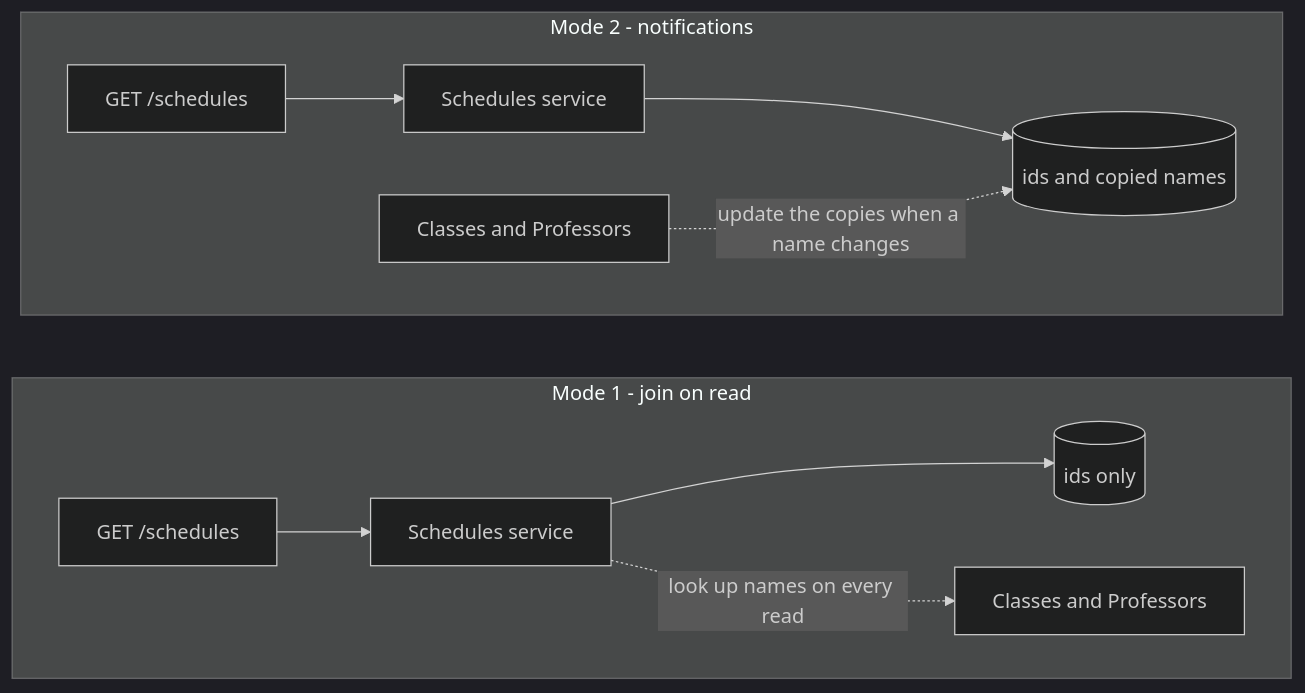
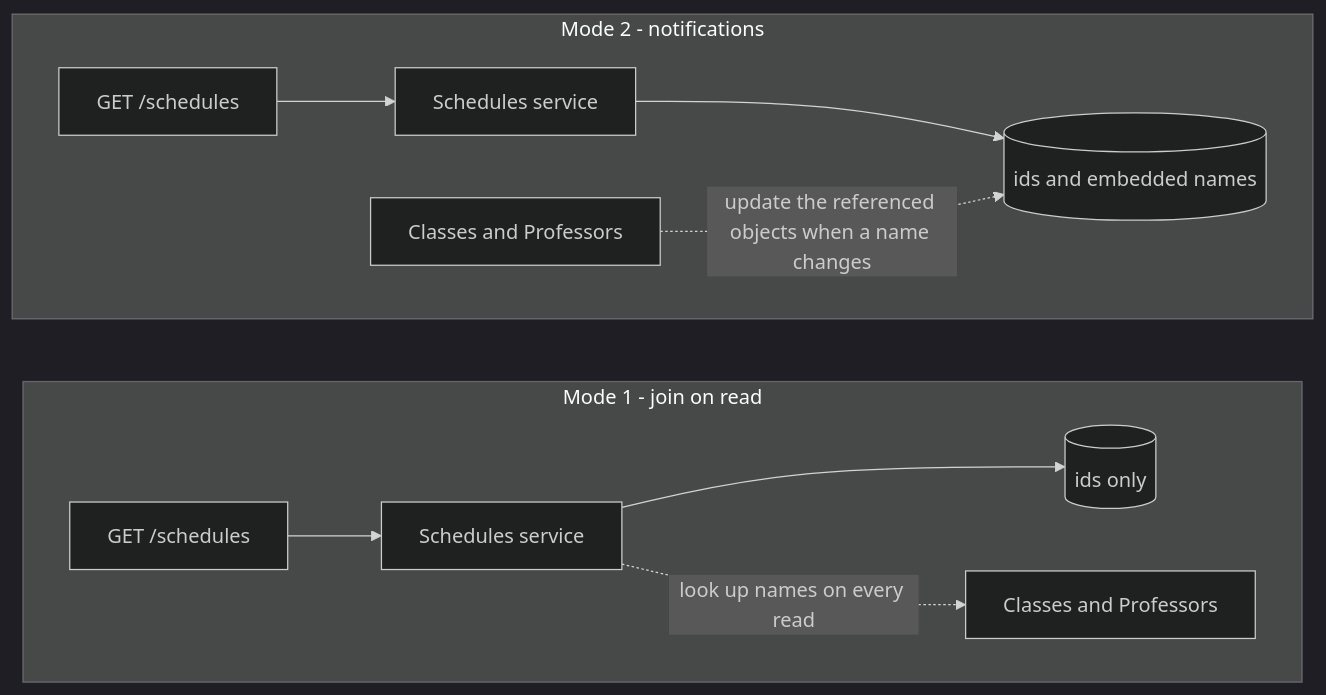
The fifth of 8 diagrams in README.md (herrcristi/small-nodejs-service), drawn with Mermaid (dark theme) before and after one commit. The commit also changed other lines of this file and 119 other files, not shown here.

Commit message:
Review mongo flows, timeouts, read preference

````diff
--- a/README.md
+++ b/README.md
@@ -118,15 +118,15 @@
 ```mermaid
 flowchart LR
   subgraph join [Mode 1 - join on read]
     direction LR
     g1["GET /schedules"] --> s1["Schedules service"]
     s1 --> db1[("ids only")]
     s1 -.->|"look up names on every read"| o1["Classes and Professors"]
   end
   subgraph notif [Mode 2 - notifications]
     direction LR
     g2["GET /schedules"] --> s2["Schedules service"]
-    s2 --> db2[("ids and copied names")]
-    o2["Classes and Professors"] -.->|"update the copies when a name changes"| db2
+    s2 --> db2[("ids and embedded names")]
+    o2["Classes and Professors"] -.->|"update the referenced objects when a name changes"| db2
   end
 ```
````
